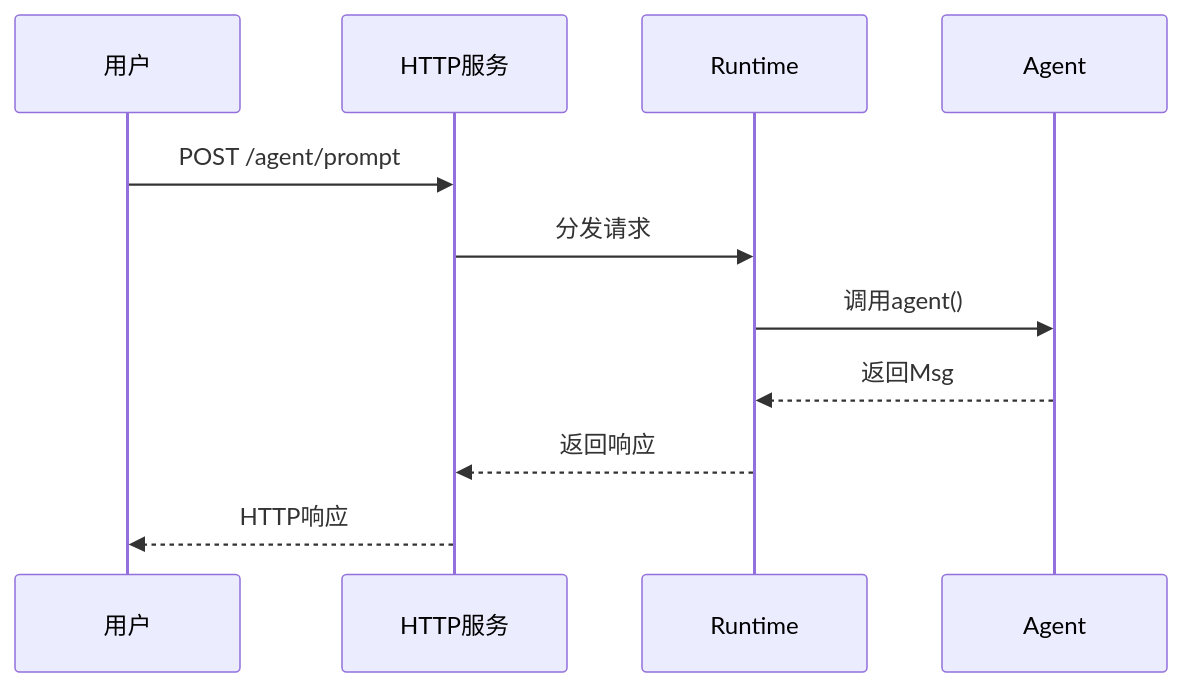
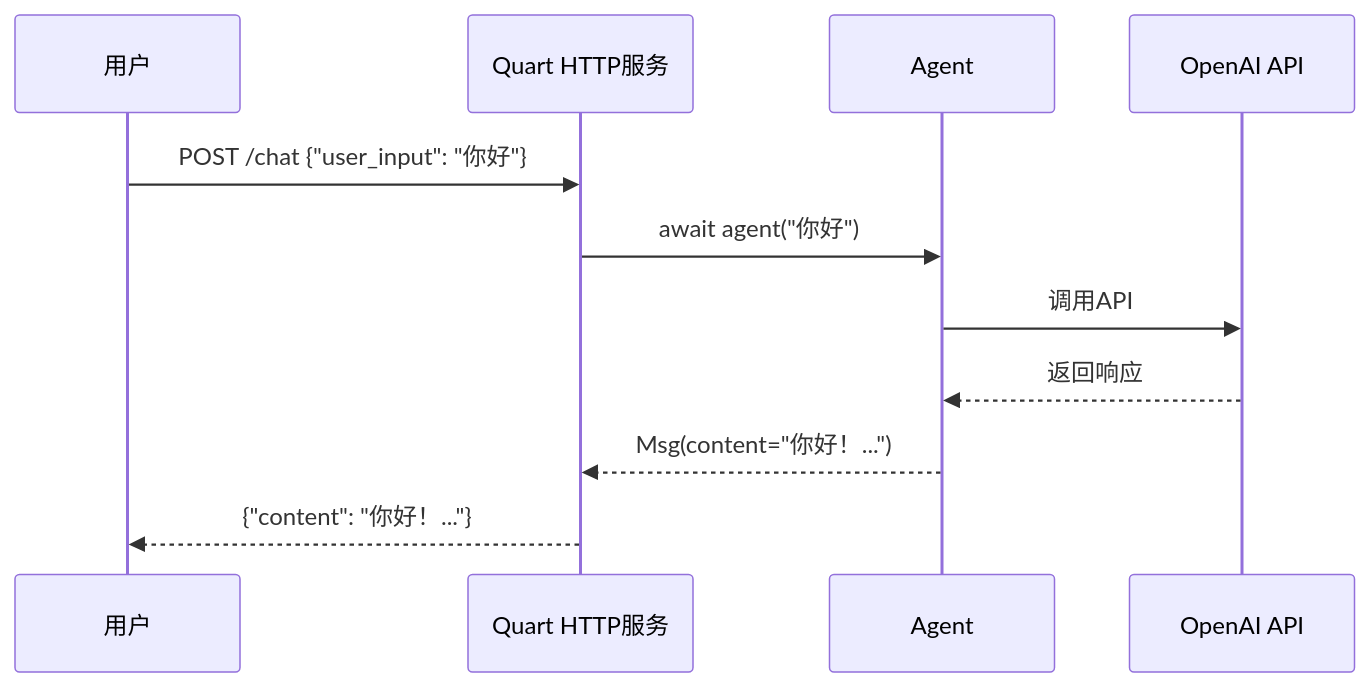
One commit to agentscope-ai/agentscope changed the diagram in teaching/book/station7_deployment/7-2_trace_runtime.md. Above: the diagram before and after it, drawn with Mermaid. The commit also changed other lines of this file and 24 other files, not shown here.

````diff
--- a/teaching/book/station7_deployment/7-2_trace_runtime.md
+++ b/teaching/book/station7_deployment/7-2_trace_runtime.md
@@ -76,14 +76,14 @@
 ```mermaid
 sequenceDiagram
     participant User as 用户
-    participant HTTP as HTTP服务
-    participant Runtime as Runtime
+    participant HTTP as Quart HTTP服务
     participant Agent as Agent
-    
-    User->>HTTP: POST /agent/prompt
-    HTTP->>Runtime: 分发请求
-    Runtime->>Agent: 调用agent()
-    Agent-->>Runtime: 返回Msg
-    Runtime-->>HTTP: 返回响应
-    HTTP-->>User: HTTP响应
+    participant Model as OpenAI API
+
+    User->>HTTP: POST /chat {"user_input": "你好"}
+    HTTP->>Agent: await agent("你好")
+    Agent->>Model: 调用API
+    Model-->>Agent: 返回响应
+    Agent-->>HTTP: Msg(content="你好！...")
+    HTTP-->>User: {"content": "你好！..."}
 ```
````
